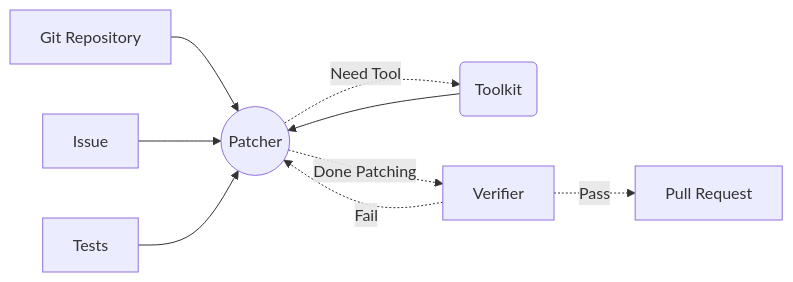
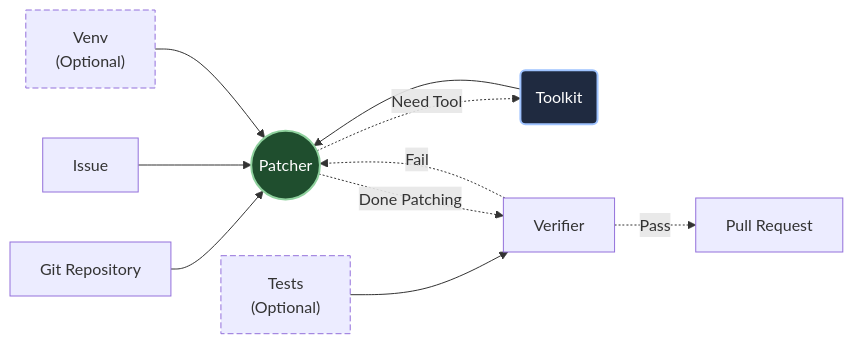
The diagram in README.md (MikeRaphK/PAUL), drawn with Mermaid before and after one commit. The commit also changed 2 other files, not shown here.

Commit message:
small fix

````diff
--- a/README.md
+++ b/README.md
@@ -90,19 +90,30 @@
 ```mermaid
 flowchart LR
-    G[Git Repository]
-    I[Issue]
-    Tests[Tests]
-    P((Patcher))
-    Tool(Toolkit)
-    V[Verifier]
+    %% Styles
+    classDef optional stroke-dasharray:6 3;
+    classDef llm fill:#1f4e2e,stroke:#8fd19e,stroke-width:2px,color:#fff;
+    classDef tool fill:#1f2a40,stroke:#9fc3ff,stroke-width:2px,color:#fff;
+
+    %% Nodes
+    GitRepo[Git Repository]
+    Issue[Issue]
+    Venv["Venv <br/> (Optional)"]:::optional
+    Patcher((Patcher)):::llm
+    Toolkit(Toolkit):::tool
+    Verifier[Verifier]
+    Tests["Tests <br/> (Optional)"]:::optional
     PR[Pull Request]
 
-    G --> P;
-    I --> P;
-    Tests --> P;
-    P -.->|Need Tool| Tool;
-    Tool --> P;
-    P -.->|Done Patching| V;
-    V -.->|Fail| P;
-    V -.->|Pass| PR;
+    %% Patcher
+    GitRepo --> Patcher;
+    Issue --> Patcher;
+    Venv --> Patcher;
+    Toolkit --> Patcher;
+    Patcher -.->|Need Tool| Toolkit;
+    
+    %% Verifier
+    Tests --> Verifier
+    Patcher -.->|Done Patching| Verifier;
+    Verifier -.->|Fail| Patcher;
+    Verifier -.->|Pass| PR;
 ```
````
